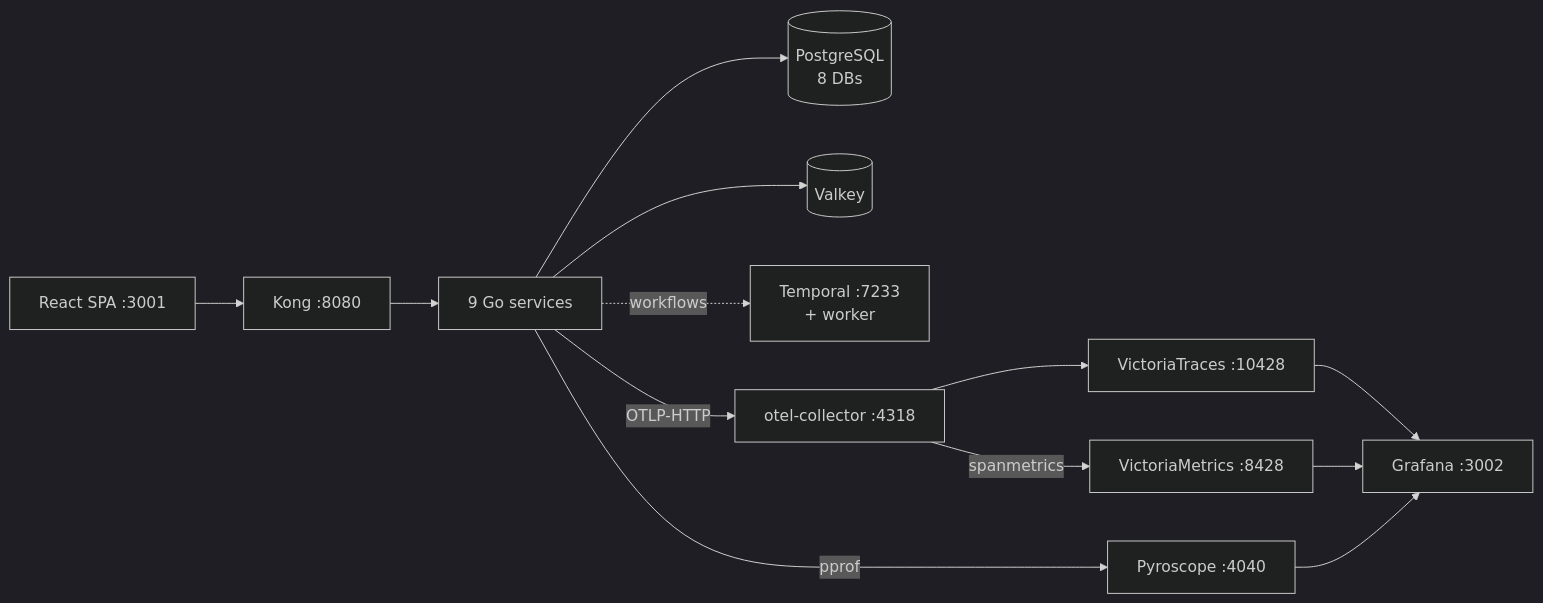
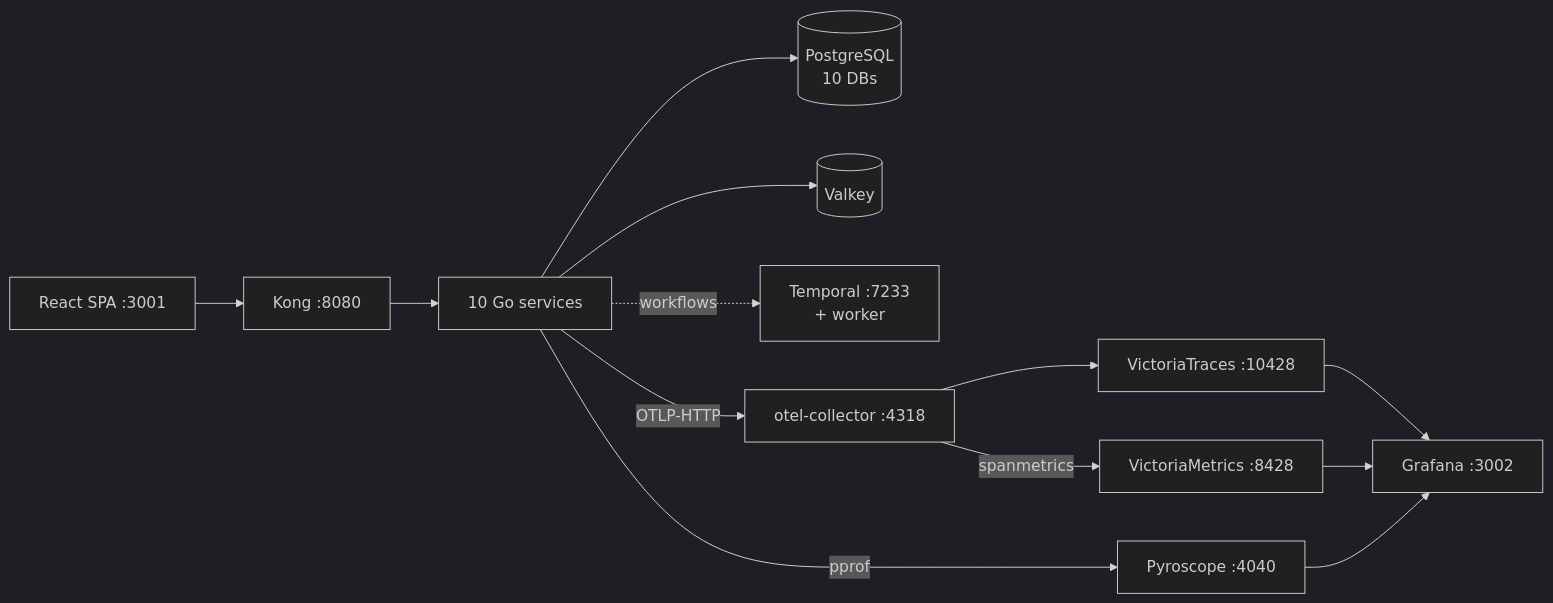
Before and after one commit to duynhlab/homelab: the first of 2 diagrams in local-stack/README.md, drawn with Mermaid (dark theme). The commit also changed other lines of this file and 16 other files, not shown here.

````diff
--- a/local-stack/README.md
+++ b/local-stack/README.md
@@ -42,15 +42,15 @@
 ```mermaid
 flowchart LR
     SPA["React SPA :3001"] --> KONG["Kong :8080"]
-    KONG --> SVC["9 Go services"]
-    SVC --> PG[(PostgreSQL<br/>8 DBs)]
+    KONG --> SVC["10 Go services"]
+    SVC --> PG[(PostgreSQL<br/>10 DBs)]
     SVC --> VALKEY[(Valkey)]
     SVC -. workflows .-> TMP["Temporal :7233<br/>+ worker"]
     SVC -- "OTLP-HTTP" --> COL["otel-collector :4318"]
     COL --> VT["VictoriaTraces :10428"]
     COL -->|spanmetrics| VM["VictoriaMetrics :8428"]
     VT --> GRAF["Grafana :3002"]
     VM --> GRAF
     SVC -- "pprof" --> PYRO["Pyroscope :4040"]
     PYRO --> GRAF
 ```
````
